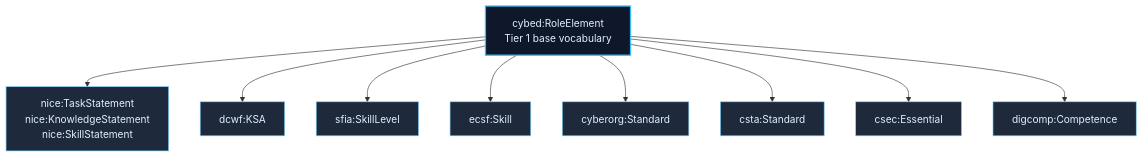
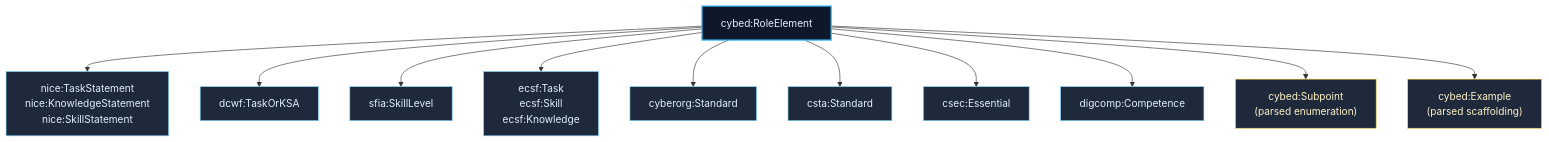
Before and after one commit to ryanstraight/cybedtools: the second of 2 diagrams in vignettes/articles/namespace-architecture.Rmd, drawn with Mermaid. The commit also changed other lines of this file and 53 other files, not shown here.

First line of the commit message:
v0.2.0: vocabulary redesign + CSTA clarification extraction

````diff
--- a/vignettes/articles/namespace-architecture.Rmd
+++ b/vignettes/articles/namespace-architecture.Rmd
@@ -41,17 +65,21 @@
 ```mermaid
 flowchart TD
-  RE["cybed:RoleElement<br>Tier 1 base vocabulary"]
+  RE["cybed:RoleElement"]
   RE --> NICE_T["nice:TaskStatement<br>nice:KnowledgeStatement<br>nice:SkillStatement"]
-  RE --> DCWF["dcwf:KSA"]
-  RE --> SFIA["sfia:SkillLevel"]
-  RE --> ECSF["ecsf:Skill"]
-  RE --> CYBORG["cyberorg:Standard"]
-  RE --> CSTA["csta:Standard"]
-  RE --> CSEC["csec:Essential"]
-  RE --> DIGCOMP["digcomp:Competence"]
+  RE --> DCWF_E["dcwf:TaskOrKSA"]
+  RE --> SFIA_SL["sfia:SkillLevel"]
+  RE --> ECSF_E["ecsf:Task<br>ecsf:Skill<br>ecsf:Knowledge"]
+  RE --> CYB_S["cyberorg:Standard"]
+  RE --> CSTA_S["csta:Standard"]
+  RE --> CSEC_E["csec:Essential"]
+  RE --> DIG_C["digcomp:Competence"]
+  RE --> SP["cybed:Subpoint<br>(parsed enumeration)"]
+  RE --> EX["cybed:Example<br>(parsed scaffolding)"]
 
   classDef base fill:#0F172A,stroke:#38BDF8,color:#E0F2FE,stroke-width:2px
   classDef sub fill:#1E293B,stroke:#7DD3FC,color:#E0F2FE
+  classDef parsed fill:#1E293B,stroke:#FCD34D,color:#FEF3C7
   class RE base
-  class NICE_T,DCWF,SFIA,ECSF,CYBORG,CSTA,CSEC,DIGCOMP sub
+  class NICE_T,DCWF_E,SFIA_SL,ECSF_E,CYB_S,CSTA_S,CSEC_E,DIG_C sub
+  class SP,EX parsed
 ```
````
